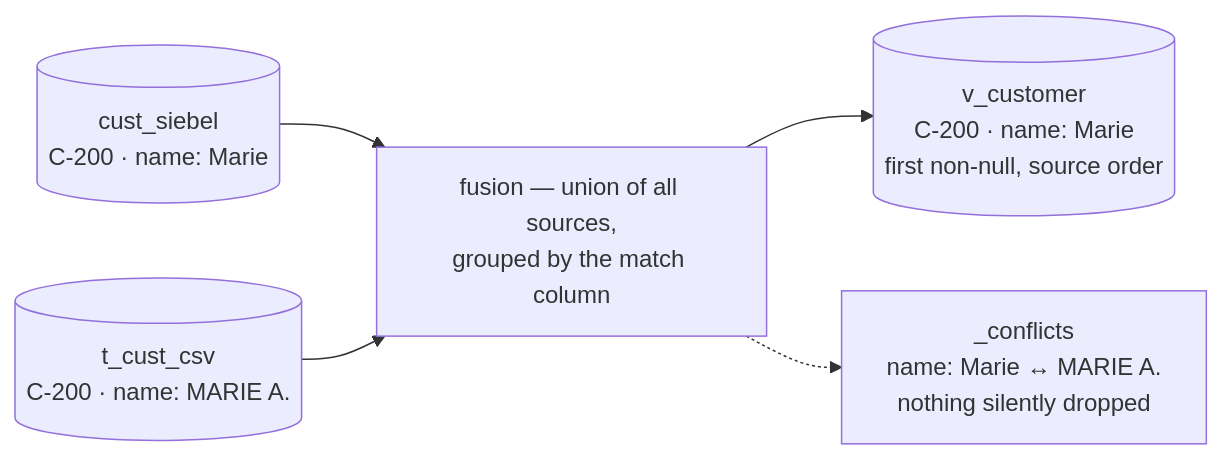
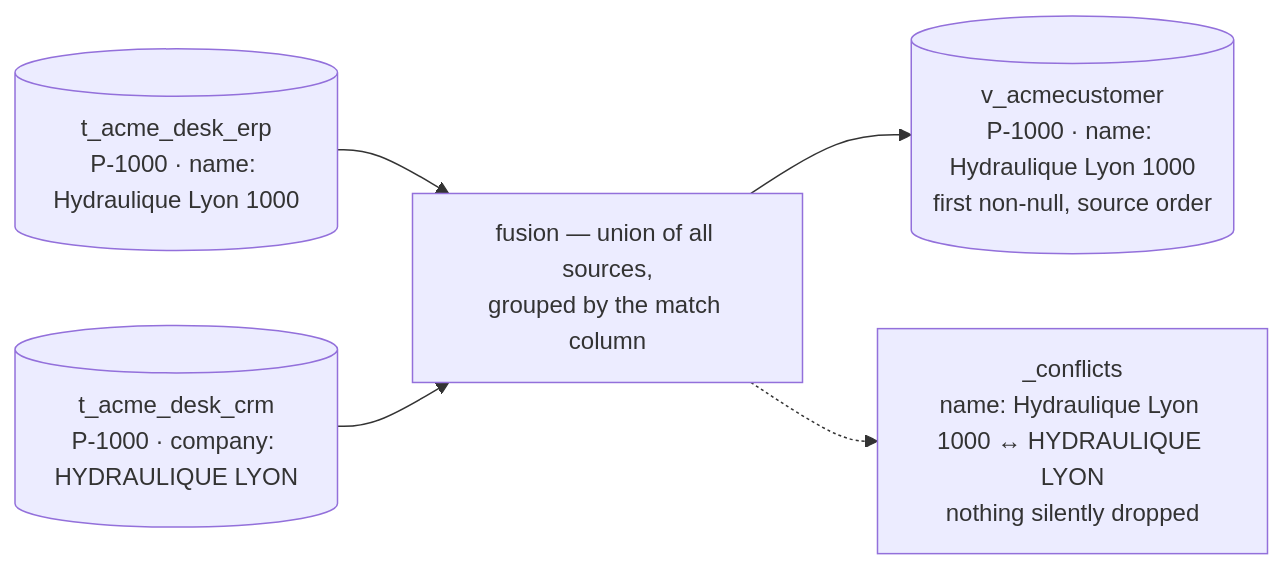
Before and after one commit to icreated/lumnik-open: the diagram in docs/entities.md, drawn with Mermaid. The commit also changed other lines of this file and 584 other files, not shown here.

````diff
--- a/docs/entities.md
+++ b/docs/entities.md
@@ -36,7 +136,7 @@
 ```mermaid
 flowchart LR
-  s1[("cust_siebel<br/>C-200 · name: Marie")] --> f
-  s2[("t_cust_csv<br/>C-200 · name: MARIE A.")] --> f
-  f["fusion — union of all sources,<br/>grouped by the match column"] --> c[("v_customer<br/>C-200 · name: Marie<br/>first non-null, source order")]
-  f -.-> k["_conflicts<br/>name: Marie ↔ MARIE A.<br/>nothing silently dropped"]
+  s1[("t_acme_desk_erp<br/>P-1000 · name: Hydraulique Lyon 1000")] --> f
+  s2[("t_acme_desk_crm<br/>P-1000 · company: HYDRAULIQUE LYON")] --> f
+  f["fusion — union of all sources,<br/>grouped by the match column"] --> c[("v_acmecustomer<br/>P-1000 · name: Hydraulique Lyon 1000<br/>first non-null, source order")]
+  f -.-> k["_conflicts<br/>name: Hydraulique Lyon 1000 ↔ HYDRAULIQUE LYON<br/>nothing silently dropped"]
 ```
````
